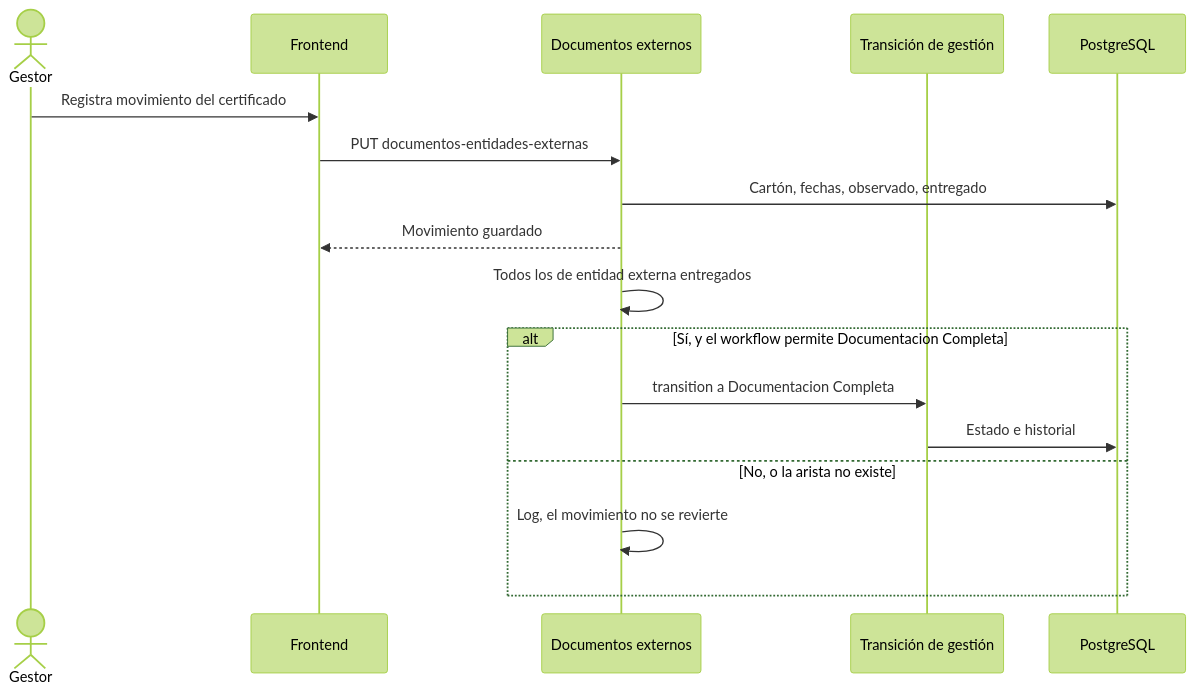
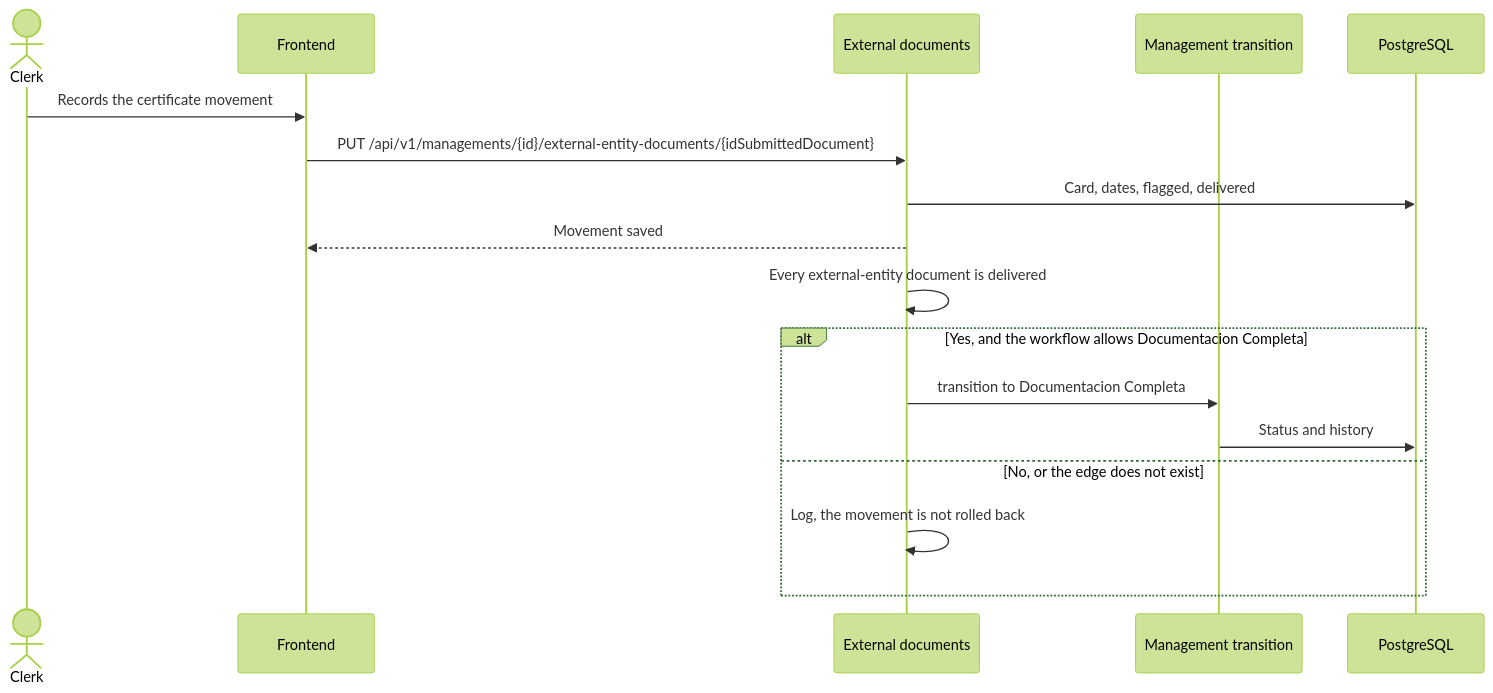
One commit to matiaspakua/notaire changed diagram 11 of 16 in docs/200-architecture/203-design/CICLO-DE-VIDA.md. Above: the diagram before and after it, drawn with Mermaid (forest theme). The commit also changed other lines of this file and 52 other files, not shown here.

````diff
--- a/docs/200-architecture/203-design/CICLO-DE-VIDA.md
+++ b/docs/200-architecture/203-design/CICLO-DE-VIDA.md
@@ -364,20 +369,20 @@
 ```mermaid
 sequenceDiagram
-  actor Gestor
+  actor Clerk
   participant FE as Frontend
-  participant Doc as Documentos externos
-  participant WF as Transición de gestión
+  participant Doc as External documents
+  participant WF as Management transition
   participant DB as PostgreSQL
 
-  Gestor->>FE: Registra movimiento del certificado
-  FE->>Doc: PUT documentos-entidades-externas
-  Doc->>DB: Cartón, fechas, observado, entregado
-  Doc-->>FE: Movimiento guardado
-  Doc->>Doc: Todos los de entidad externa entregados
-  alt Sí, y el workflow permite Documentacion Completa
-    Doc->>WF: transition a Documentacion Completa
-    WF->>DB: Estado e historial
-  else No, o la arista no existe
-    Doc->>Doc: Log, el movimiento no se revierte
+  Clerk->>FE: Records the certificate movement
+  FE->>Doc: PUT /api/v1/managements/{id}/external-entity-documents/{idSubmittedDocument}
+  Doc->>DB: Card, dates, flagged, delivered
+  Doc-->>FE: Movement saved
+  Doc->>Doc: Every external-entity document is delivered
+  alt Yes, and the workflow allows Documentacion Completa
+    Doc->>WF: transition to Documentacion Completa
+    WF->>DB: Status and history
+  else No, or the edge does not exist
+    Doc->>Doc: Log, the movement is not rolled back
   end
 ```
````
